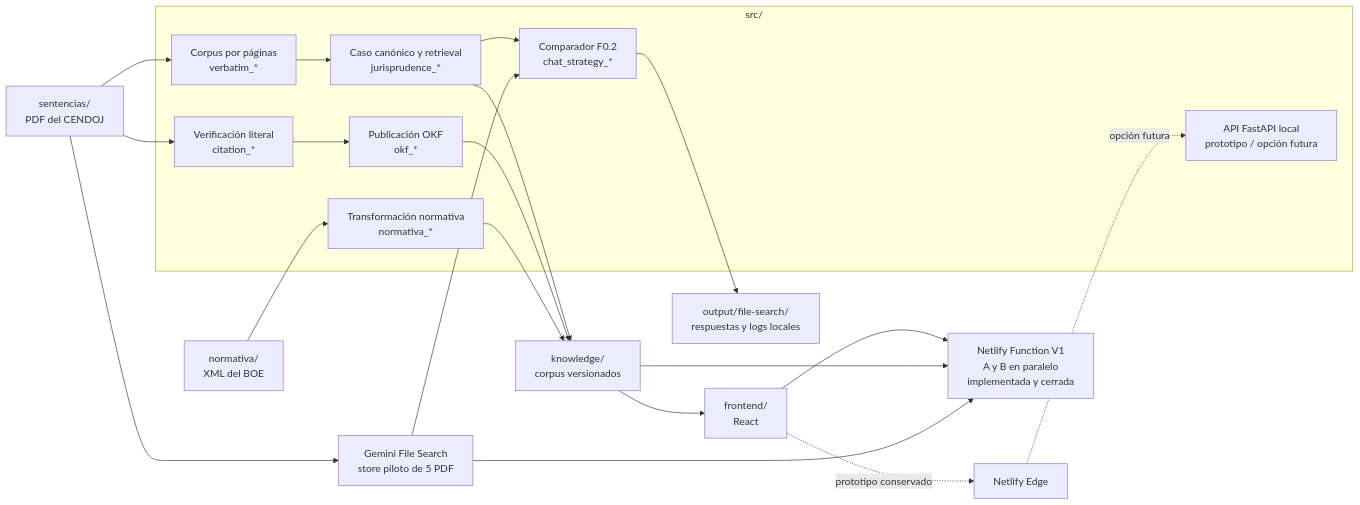
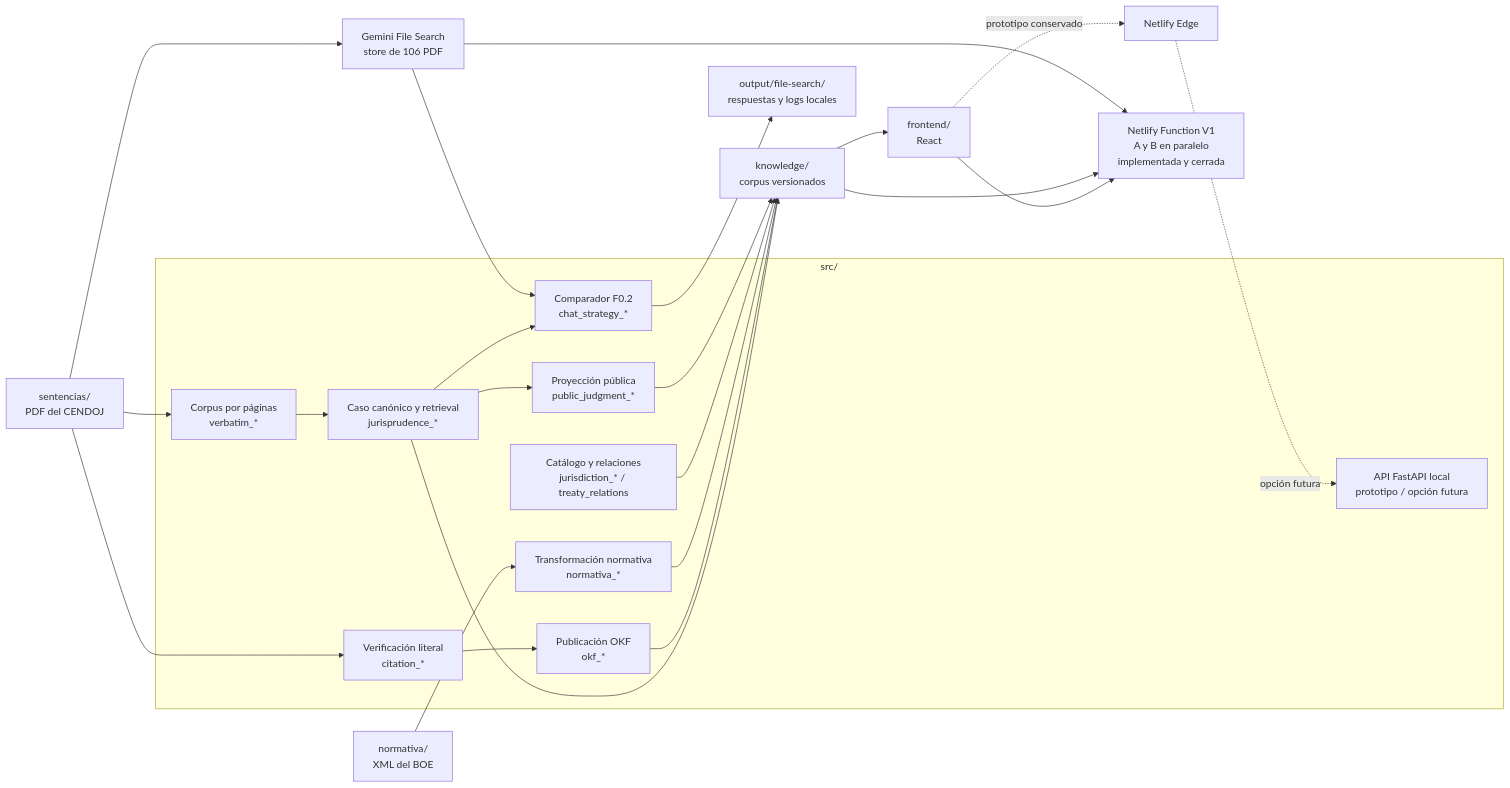
The diagram in docs/ARCHITECTURE.md (jmgb/residenciafiscal), drawn with Mermaid before and after one commit. The commit also changed other lines of this file and 26 other files, not shown here.

````diff
--- a/docs/ARCHITECTURE.md
+++ b/docs/ARCHITECTURE.md
@@ -13,33 +15,38 @@
 ```mermaid
 flowchart LR
     PDF["sentencias/<br/>PDF del CENDOJ"]
     BOE["normativa/<br/>XML del BOE"] --> NORM
-    PDF --> FILESEARCH["Gemini File Search<br/>store piloto de 5 PDF"]
+    PDF --> FILESEARCH["Gemini File Search<br/>store de 106 PDF"]
 
     subgraph PYTHON["src/"]
         API["API FastAPI local<br/>prototipo / opción futura"]
         CITES["Verificación literal<br/>citation_*"]
         CASES["Caso canónico y retrieval<br/>jurisprudence_*"]
         OKF["Publicación OKF<br/>okf_*"]
         VERBATIM["Corpus por páginas<br/>verbatim_*"]
         NORM["Transformación normativa<br/>normativa_*"]
+        JURISDICTIONS["Catálogo y relaciones<br/>jurisdiction_* / treaty_relations"]
+        PUBLIC["Proyección pública<br/>public_judgment_*"]
         CHAT["Comparador F0.2<br/>chat_strategy_*"]
     end
 
     PDF --> CITES
     CITES --> OKF
     PDF --> VERBATIM
     VERBATIM --> CASES
+    CASES --> PUBLIC
     CASES --> CHAT
     FILESEARCH --> CHAT
     CHAT --> CHATOUT["output/file-search/<br/>respuestas y logs locales"]
     CASES --> KNOWLEDGE["knowledge/<br/>corpus versionados"]
     OKF --> KNOWLEDGE
     NORM --> KNOWLEDGE
+    JURISDICTIONS --> KNOWLEDGE
+    PUBLIC --> KNOWLEDGE
     KNOWLEDGE --> WEB["frontend/<br/>React"]
     WEB --> FUNCTION["Netlify Function V1<br/>A y B en paralelo<br/>implementada y cerrada"]
     KNOWLEDGE --> FUNCTION
     FILESEARCH --> FUNCTION
     WEB -. prototipo conservado .-> EDGE["Netlify Edge"]
     EDGE -. opción futura .-> API
 ```
````
